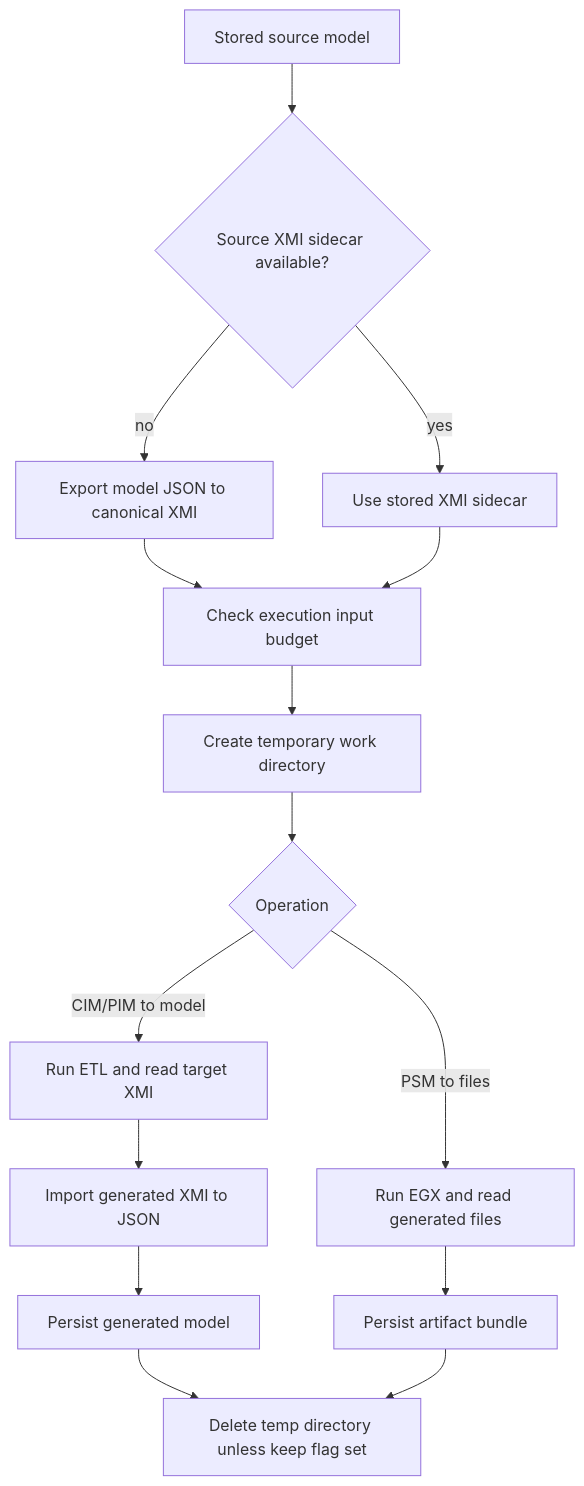
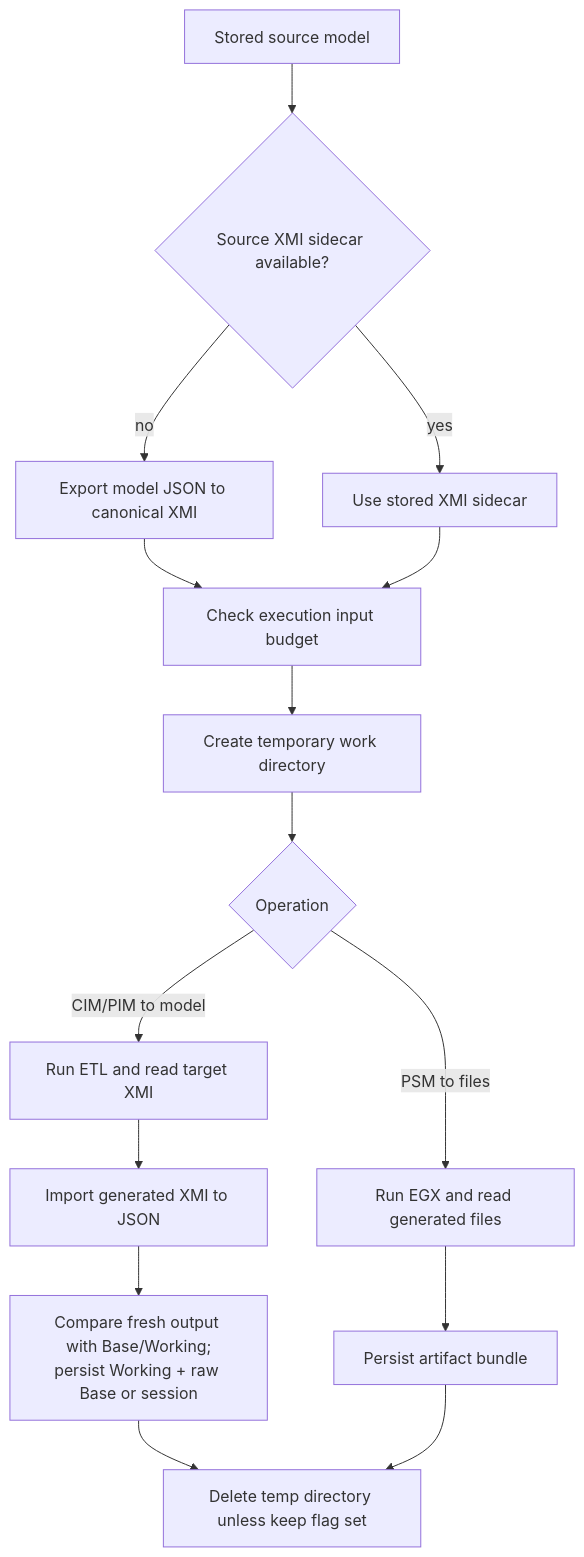
One commit to mehdieidi/modriss changed the fourth of 4 diagrams in docs/diagrams/19-mde-validation-transformation-generation.md. Above: the diagram before and after it, drawn with Mermaid. The commit also changed 13 other files, not shown here.

````diff
--- a/docs/diagrams/19-mde-validation-transformation-generation.md
+++ b/docs/diagrams/19-mde-validation-transformation-generation.md
@@ -82,23 +82,23 @@
 ```mermaid
 flowchart TD
     source["Stored source model"]
     xmiChoice{"Source XMI sidecar available?"}
     export["Export model JSON to canonical XMI"]
     sidecar["Use stored XMI sidecar"]
     budget["Check execution input budget"]
     temp["Create temporary work directory"]
     runner{"Operation"}
     etl["Run ETL and read target XMI"]
     egx["Run EGX and read generated files"]
     import["Import generated XMI to JSON"]
-    persistModel["Persist generated model"]
+    synchronize["Compare fresh output with Base/Working;<br/>persist Working + raw Base or session"]
     persistArtifact["Persist artifact bundle"]
     cleanup["Delete temp directory unless keep flag set"]
 
     source --> xmiChoice
     xmiChoice -- no --> export --> budget
     xmiChoice -- yes --> sidecar --> budget
     budget --> temp --> runner
-    runner -- CIM/PIM to model --> etl --> import --> persistModel --> cleanup
+    runner -- CIM/PIM to model --> etl --> import --> synchronize --> cleanup
     runner -- PSM to files --> egx --> persistArtifact --> cleanup
 ```
````
